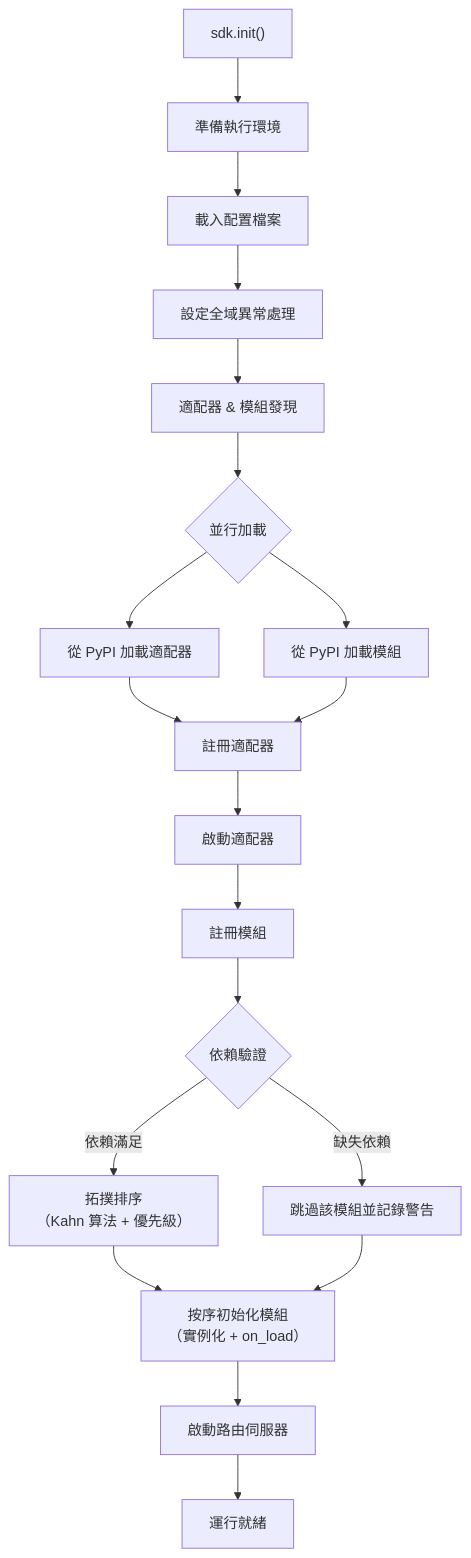
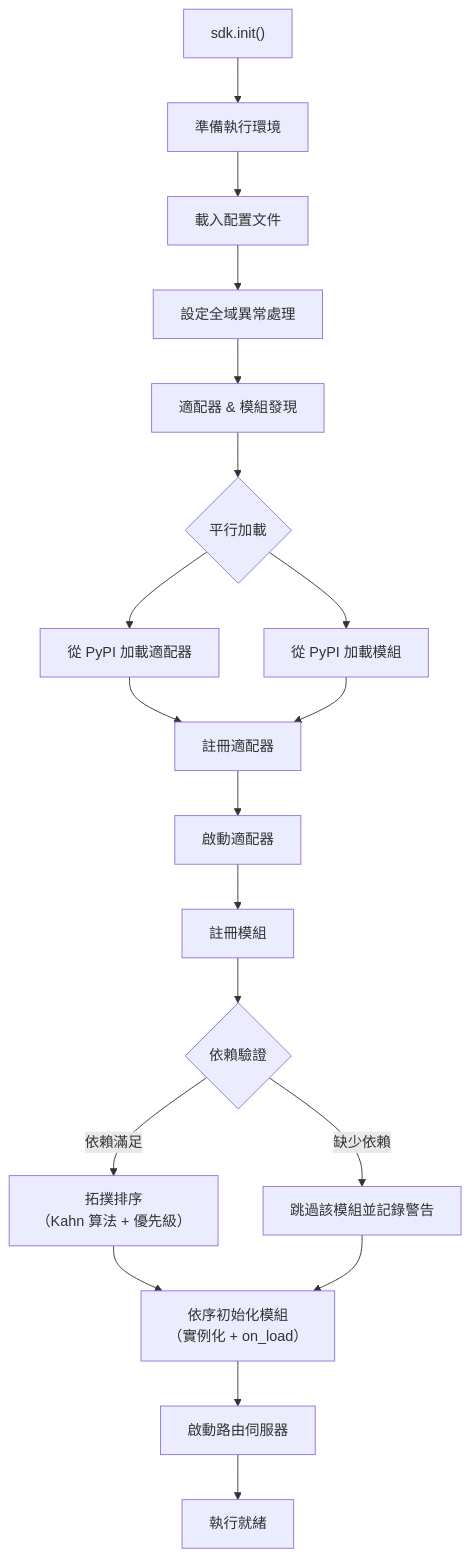
The second of 10 diagrams in docs/zh-TW/architecture.md (ErisPulse/ErisPulse), drawn with Mermaid before and after one commit. The commit also changed other lines of this file and 83 other files, not shown here.

````diff
--- a/docs/zh-TW/architecture.md
+++ b/docs/zh-TW/architecture.md
@@ -59,20 +59,20 @@
 ```mermaid
 flowchart TD
     A["sdk.init()"] --> B["準備執行環境"]
-    B --> B1["載入配置檔案"]
+    B --> B1["載入配置文件"]
     B1 --> B2["設定全域異常處理"]
     B2 --> C["適配器 & 模組發現"]
-    C --> D{"並行加載"}
+    C --> D{"平行加載"}
     D --> D1["從 PyPI 加載適配器"]
     D --> D2["從 PyPI 加載模組"]
     D1 & D2 --> E["註冊適配器"]
     E --> E1["啟動適配器"]
     E1 --> F["註冊模組"]
     F --> F1{"依賴驗證"}
-    F1 -->|"缺失依賴"| F2["跳過該模組並記錄警告"]
+    F1 -->|"缺少依賴"| F2["跳過該模組並記錄警告"]
     F1 -->|"依賴滿足"| F3["拓撲排序<br/>（Kahn 算法 + 優先級）"]
-    F3 --> G["按序初始化模組<br/>（實例化 + on_load）"]
+    F3 --> G["依序初始化模組<br/>（實例化 + on_load）"]
     F2 --> G
     G --> H["啟動路由伺服器"]
-    H --> K["運行就緒"]
+    H --> K["執行就緒"]
 ```
````
